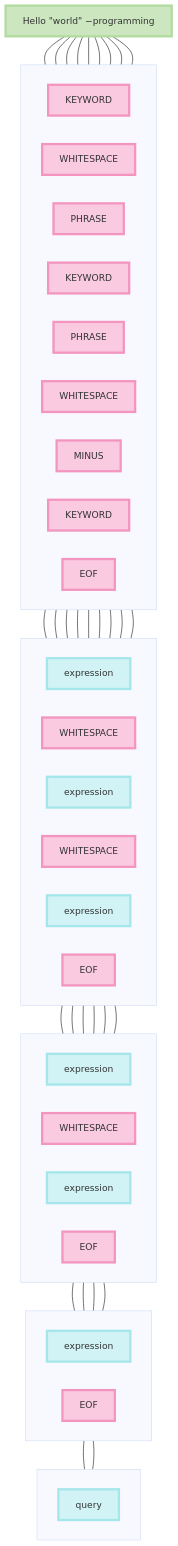
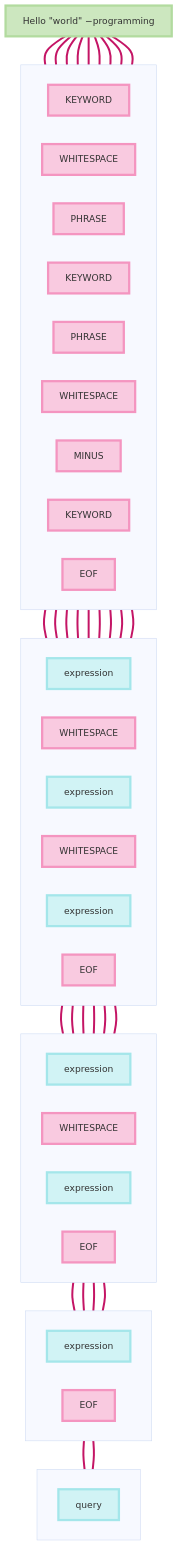
Before and after one commit to ScottLogic/blog: the fourth of 5 diagrams in _posts/2025-08-08-custom-query-language-antlr-elasticsearch.md, drawn with Mermaid. The commit also changed other lines of this file, not shown here.

Commit message:
Improve accessibility of diagrams by giving unique IDs

```diff
--- a/_posts/2025-08-08-custom-query-language-antlr-elasticsearch.md
+++ b/_posts/2025-08-08-custom-query-language-antlr-elasticsearch.md
@@ -272,25 +274,25 @@
   W["query"]
 end
 
-A ---  B & C & D & E & F & G & H & I & J
+A ===  B & C & D & E & F & G & H & I & J
 
-B --- K
-C --- L
-D & E & F --- M
-G --- N
-H & I --- O
-J --- P
+B === K
+C === L
+D & E & F === M
+G === N
+H & I === O
+J === P
 
-K & L & M --- Q
-N --- R
-O --- S
-P --- T
+K & L & M === Q
+N === R
+O === S
+P === T
 
-Q & R & S --- U
-T --- V
+Q & R & S === U
+T === V
 
-U --- W
-V --- W
+U === W
+V === W
 
 class A source
 class B,C,D,E,F,G,H,I,J,L,N,P,R,T,V token
@@ -299,4 +301,6 @@
 classDef source fill:#cce7bf,stroke:#b2db9f,stroke-width:4px
 classDef token fill:#f9cae0,stroke:#f495c0,stroke-width:4px
 classDef expression fill:#d1f3f5,stroke:#a4e6ea,stroke-width:4px
+
+linkStyle default stroke:#c41565
 </pre>
```
